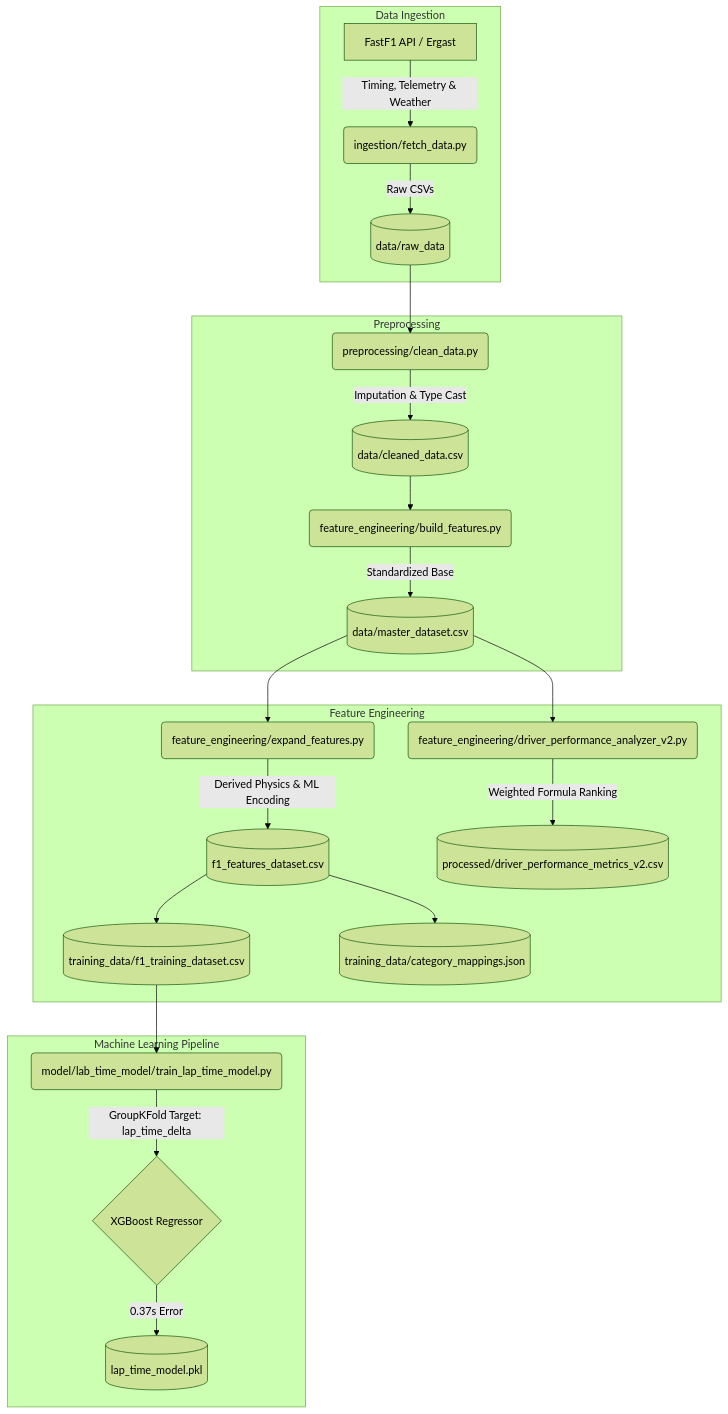
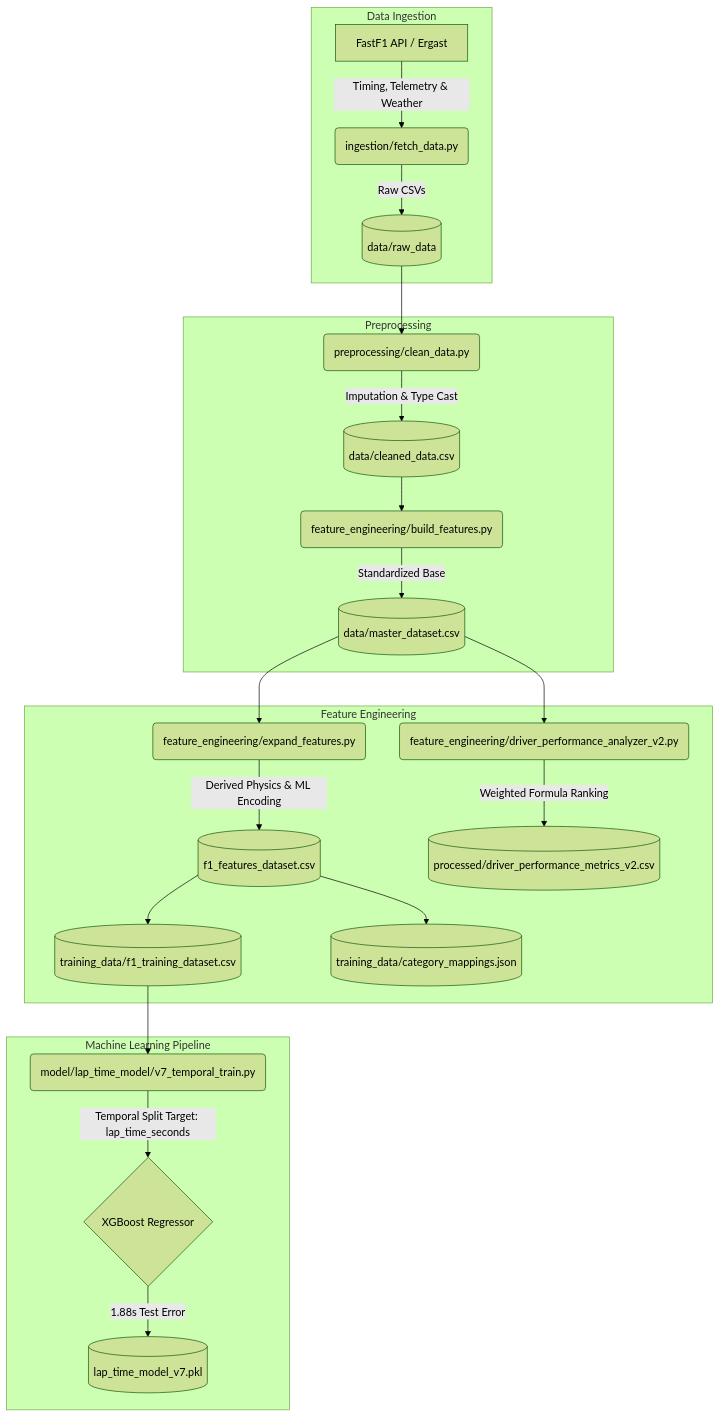
One commit to Shrey-Ritesh/F1-Analytics-Engine changed the diagram in README.md. Above: the diagram before and after it, drawn with Mermaid (forest theme). The commit also changed other lines of this file, not shown here.

Commit message:
Update README.md to outline v7 temporal prediction engine and multi-season support

````diff
--- a/README.md
+++ b/README.md
@@ -11,30 +11,30 @@
 ```mermaid
 flowchart TD
     subgraph Data Ingestion
         A[FastF1 API / Ergast] -->|Timing, Telemetry & Weather| B(ingestion/fetch_data.py)
         B -->|Raw CSVs| C[(data/raw_data)]
     end
 
     subgraph Preprocessing
         C --> D(preprocessing/clean_data.py)
         D -->|Imputation & Type Cast| E[(data/cleaned_data.csv)]
         E --> F(feature_engineering/build_features.py)
         F -->|Standardized Base| G[(data/master_dataset.csv)]
     end
 
     subgraph Feature Engineering
         G --> H(feature_engineering/expand_features.py)
         H -->|Derived Physics & ML Encoding| I[(f1_features_dataset.csv)]
         I --> J[(training_data/f1_training_dataset.csv)]
         I --> K[(training_data/category_mappings.json)]
         
         G --> L(feature_engineering/driver_performance_analyzer_v2.py)
         L -->|Weighted Formula Ranking| M[(processed/driver_performance_metrics_v2.csv)]
     end
 
     subgraph Machine Learning Pipeline
-        J --> N(model/lab_time_model/train_lap_time_model.py)
-        N -->|GroupKFold Target: lap_time_delta| O{XGBoost Regressor}
-        O -->|0.37s Error| P[(lap_time_model.pkl)]
+        J --> N(model/lap_time_model/v7_temporal_train.py)
+        N -->|Temporal Split Target: lap_time_seconds| O{XGBoost Regressor}
+        O -->|1.88s Test Error| P[(lap_time_model_v7.pkl)]
     end
 ```
````
